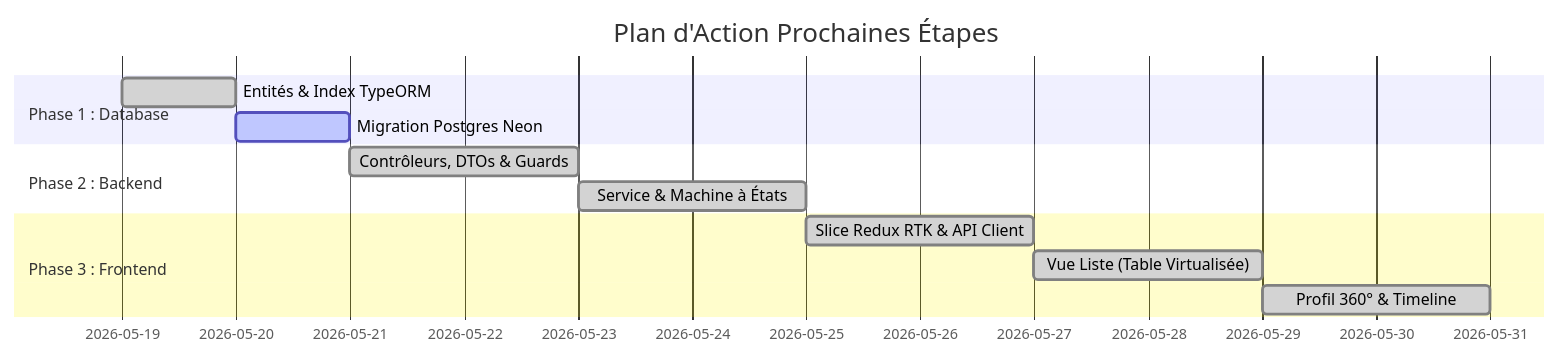
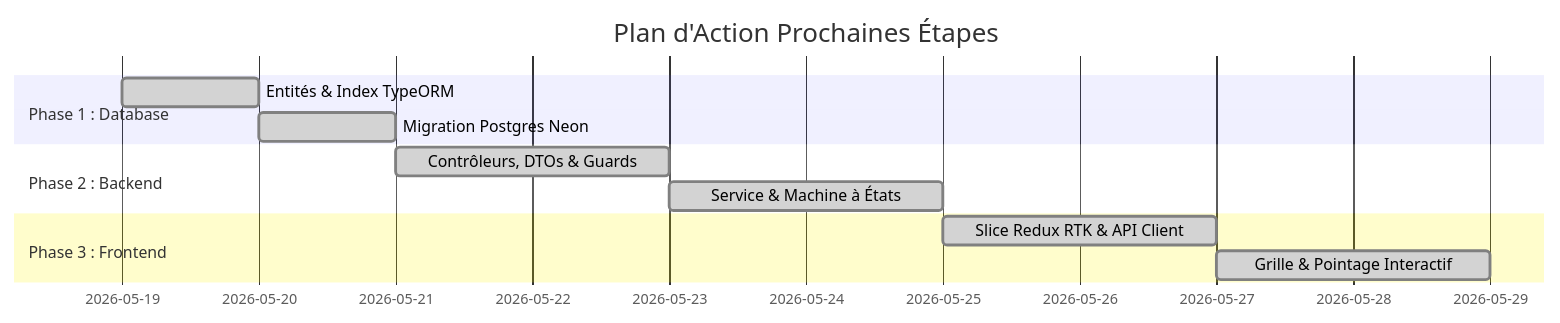
One commit to Lontsi-Hernandez/SIRH changed the diagram in development_tracker.md. Above: the diagram before and after it, drawn with Mermaid. The commit also changed other lines of this file and 75 other files, not shown here.

````diff
--- a/development_tracker.md
+++ b/development_tracker.md
@@ -47,15 +55,14 @@
 ```mermaid
 gantt
     title Plan d'Action Prochaines Étapes
     dateFormat  YYYY-MM-DD
     section Phase 1 : Database
     Entités & Index TypeORM         :done, db1, 2026-05-19, 1d
-    Migration Postgres Neon          :active, db2, after db1, 1d
+    Migration Postgres Neon          :done, db2, after db1, 1d
     section Phase 2 : Backend
     Contrôleurs, DTOs & Guards      :done, be1, after db2, 2d
     Service & Machine à États       :done, be2, after be1, 2d
     section Phase 3 : Frontend
     Slice Redux RTK & API Client    :done, fe1, after be2, 2d
-    Vue Liste (Table Virtualisée)   :done, fe2, after fe1, 2d
-    Profil 360° & Timeline          :done, fe3, after fe2, 2d
+    Grille & Pointage Interactif    :done, fe2, after fe1, 2d
 ```
````
